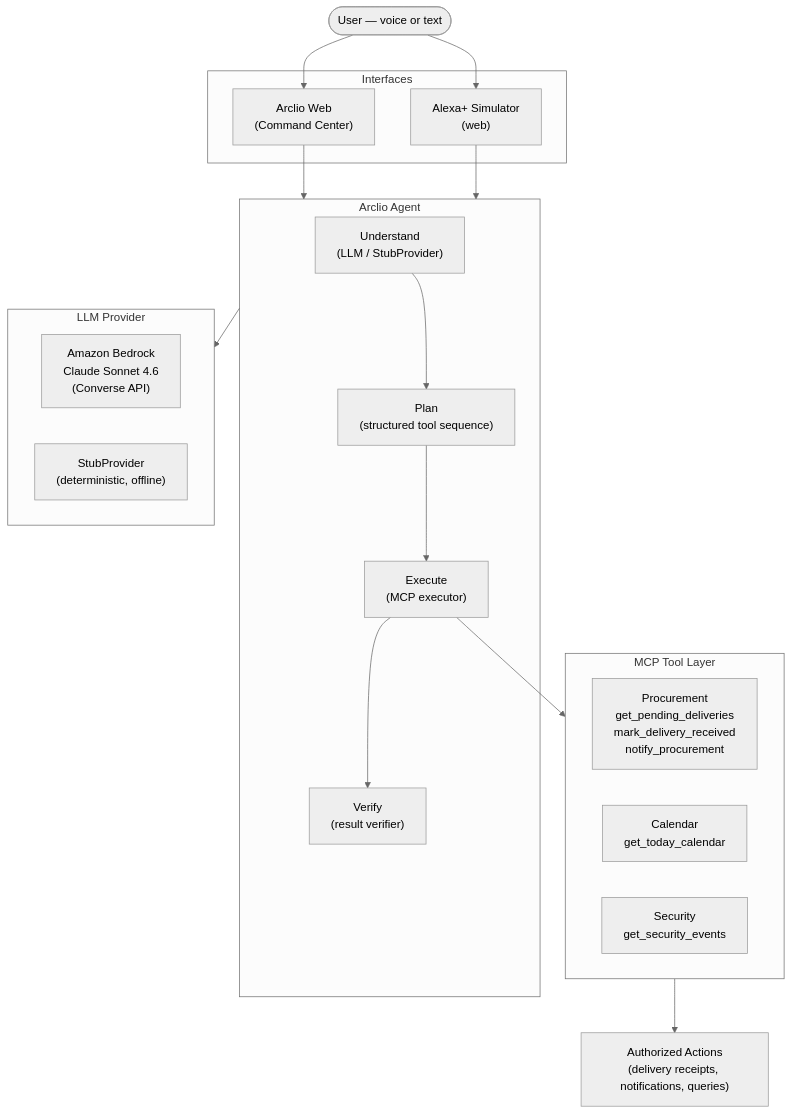
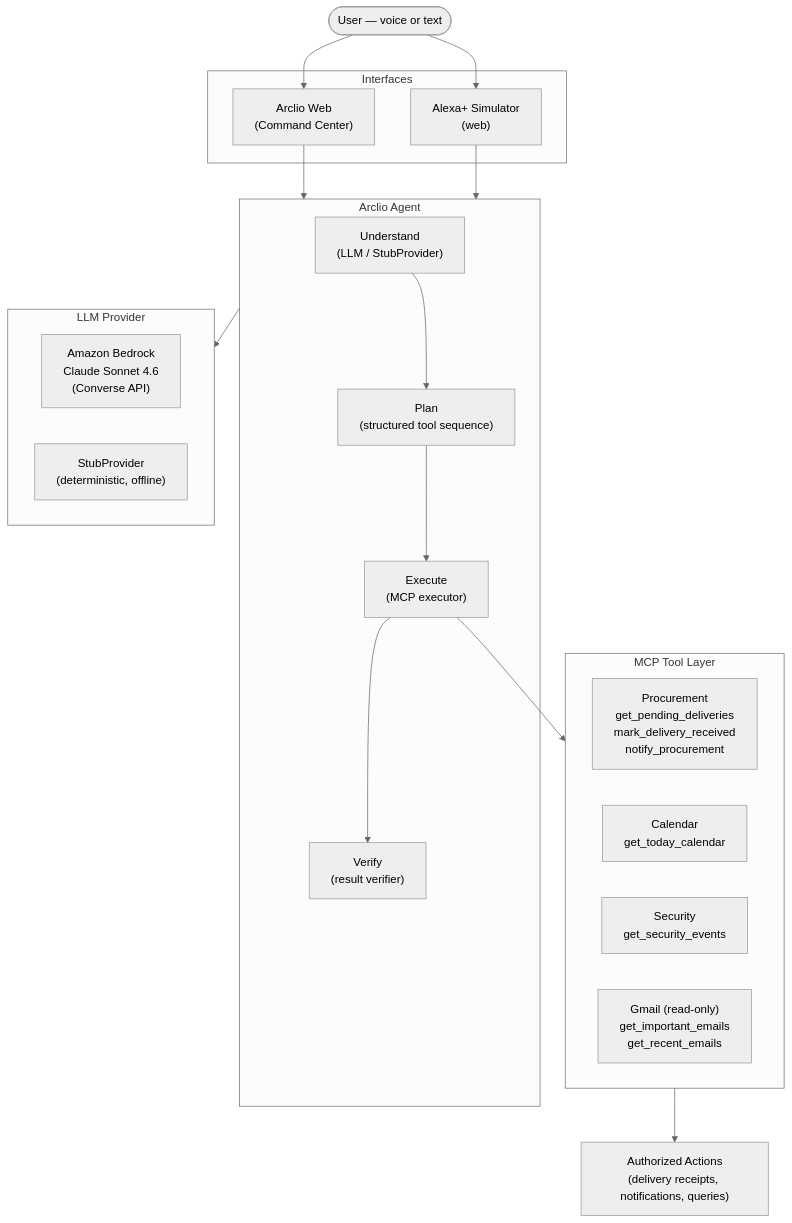
Before and after one commit to princeakpabio8-prog/arclio: the diagram in README.md, drawn with Mermaid (neutral theme). The commit also changed other lines of this file and 13 other files, not shown here.

````diff
--- a/README.md
+++ b/README.md
@@ -27,38 +27,39 @@
 ```mermaid
 flowchart TD
     User(["User — voice or text"])
 
     subgraph Interfaces["Interfaces"]
         Web["Arclio Web\n(Command Center)"]
         Sim["Alexa+ Simulator\n(web)"]
     end
 
     subgraph Agent["Arclio Agent"]
         Understand["Understand\n(LLM / StubProvider)"]
         Plan["Plan\n(structured tool sequence)"]
         Execute["Execute\n(MCP executor)"]
         Verify["Verify\n(result verifier)"]
         Understand --> Plan --> Execute --> Verify
     end
 
     subgraph LLM["LLM Provider"]
         Bedrock["Amazon Bedrock\nClaude Sonnet 4.6\n(Converse API)"]
         Stub["StubProvider\n(deterministic, offline)"]
     end
 
     subgraph MCP["MCP Tool Layer"]
         Procurement["Procurement\nget_pending_deliveries\nmark_delivery_received\nnotify_procurement"]
         Calendar["Calendar\nget_today_calendar"]
         Security["Security\nget_security_events"]
+        Gmail["Gmail (read-only)\nget_important_emails\nget_recent_emails"]
     end
 
     Actions["Authorized Actions\n(delivery receipts, notifications, queries)"]
 
     User --> Web
     User --> Sim
     Web --> Agent
     Sim --> Agent
     Agent --> LLM
     Execute --> MCP
     MCP --> Actions
 ```
````
